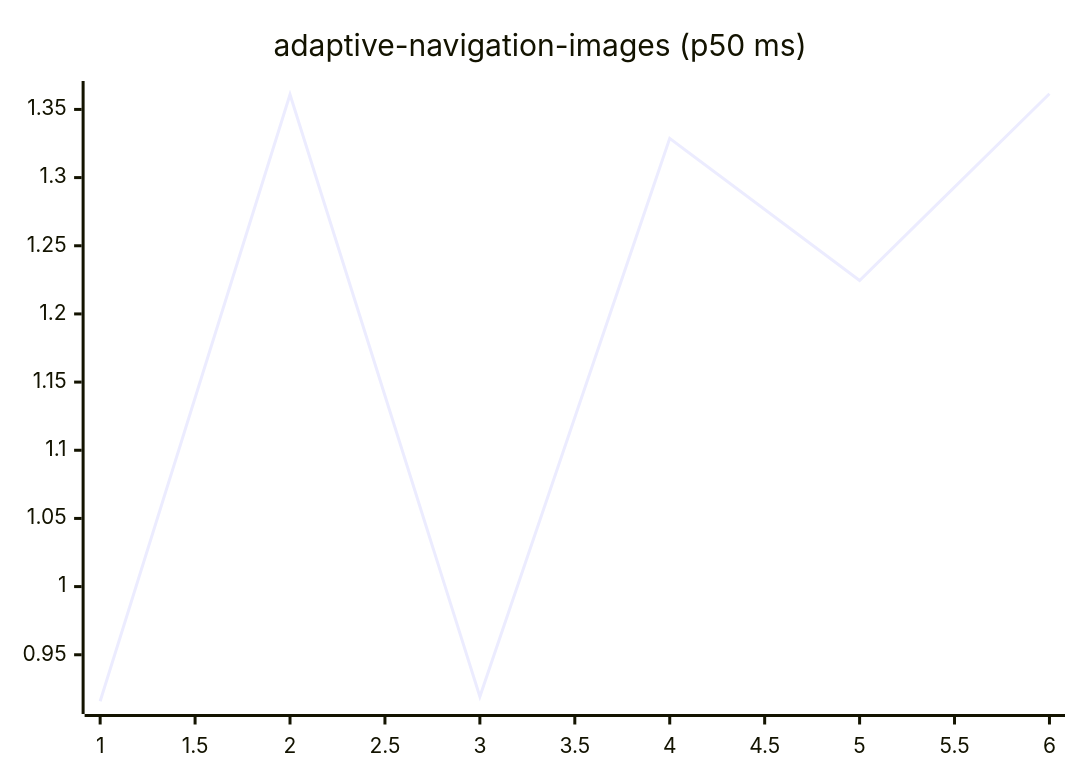
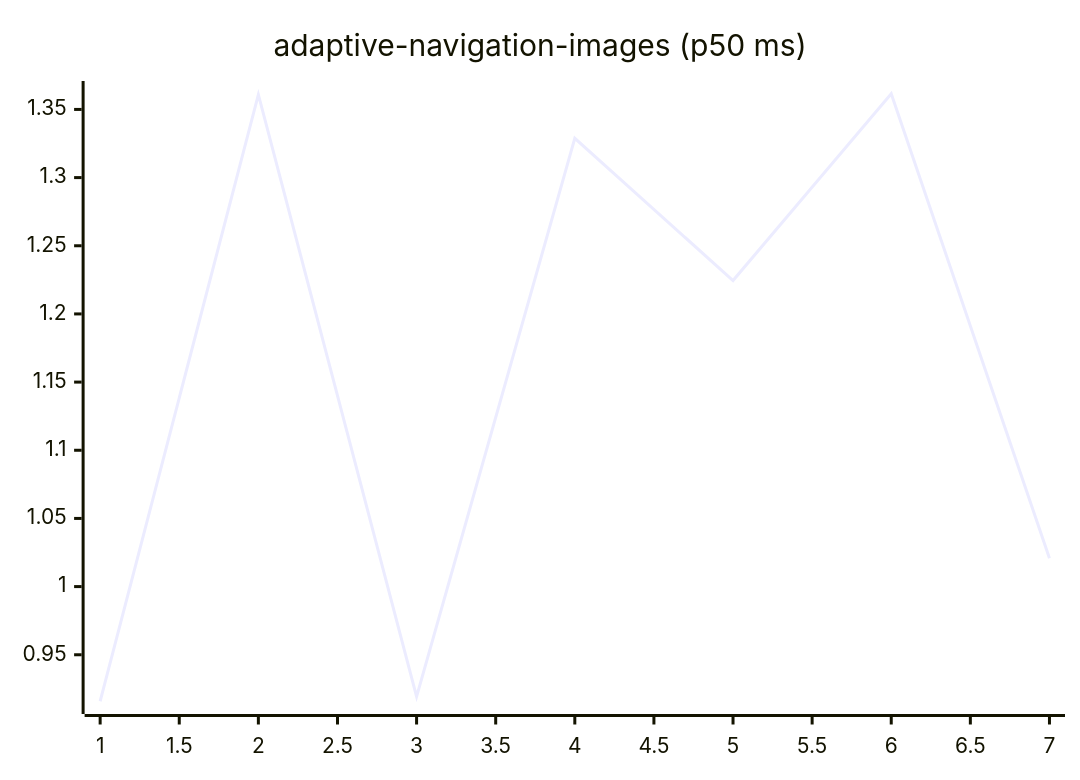
Before and after one commit to josha/Facet: the first of 27 diagrams in README.md, drawn with Mermaid. The commit also changed other lines of this file and 2 other files, not shown here.

````diff
--- a/README.md
+++ b/README.md
@@ -63,6 +63,6 @@
 ```mermaid
 xychart-beta
     title "adaptive-navigation-images (p50 ms)"
-    x-axis 1 --> 6
-    line [0.9159, 1.3609, 0.9193, 1.3288, 1.2245, 1.3615]
+    x-axis 1 --> 7
+    line [0.9159, 1.3609, 0.9193, 1.3288, 1.2245, 1.3615, 1.0208]
 ```
````
